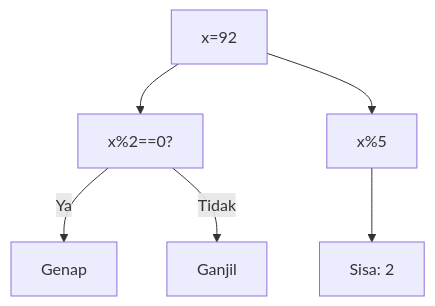
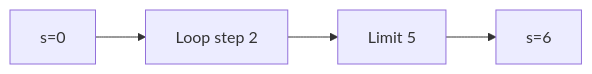
One commit to amnahwaida/OSNK_INF_PREP changed diagram 11 of 25 in part-c-pemahaman-cpp/03-perulangan/latihan/set-01.md. Above: the diagram before and after it, drawn with Mermaid. The commit also changed other lines of this file and 71 other files, not shown here.

````diff
--- a/part-c-pemahaman-cpp/03-perulangan/latihan/set-01.md
+++ b/part-c-pemahaman-cpp/03-perulangan/latihan/set-01.md
@@ -408,8 +291,6 @@
 ```mermaid
-graph TD
-A["x=92"] --> B["x%2==0?"]
-B -- Ya --> C["Genap"]
-B -- Tidak --> D["Ganjil"]
-A --> E["x%5"]
-E --> F["Sisa: 2"]
+graph LR
+A["s=0"] --> B["Loop step 2"]
+B --> C["Limit 5"]
+C --> D["s=6"]
 ```
````
